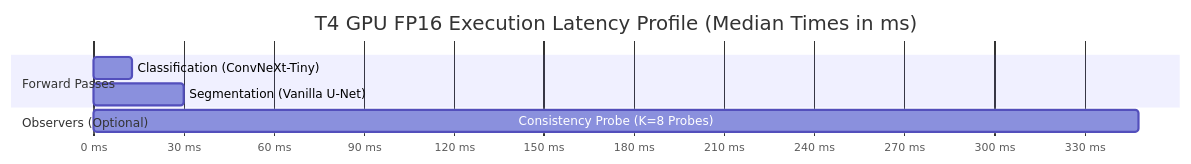
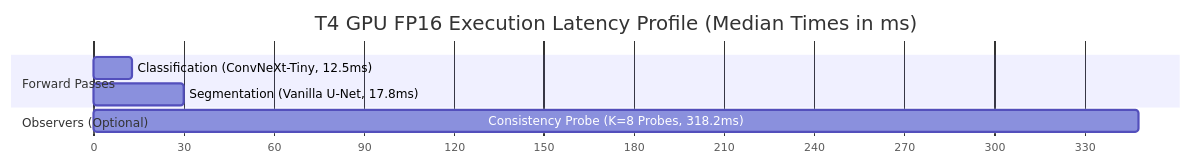
Diagram 21 of 22 in docs/architecture/system_architecture_specification.md (NeutronZero/BrainTumor-MajorProject), drawn with Mermaid before and after one commit. The commit also changed other lines of this file and 45 other files, not shown here.

````diff
--- a/docs/architecture/system_architecture_specification.md
+++ b/docs/architecture/system_architecture_specification.md
@@ -1233,11 +1238,11 @@
 ```mermaid
 gantt
     title T4 GPU FP16 Execution Latency Profile (Median Times in ms)
     dateFormat X
-    axisFormat %s ms
+    axisFormat %s
     section Forward Passes
-    Classification (ConvNeXt-Tiny) :0, 13
-    Segmentation (Vanilla U-Net)    :13, 30
+    Classification (ConvNeXt-Tiny, 12.5ms) :0, 13
+    Segmentation (Vanilla U-Net, 17.8ms)    :13, 30
     section Observers (Optional)
-    Consistency Probe (K=8 Probes) :30, 348
+    Consistency Probe (K=8 Probes, 318.2ms) :30, 348
 ```
````
